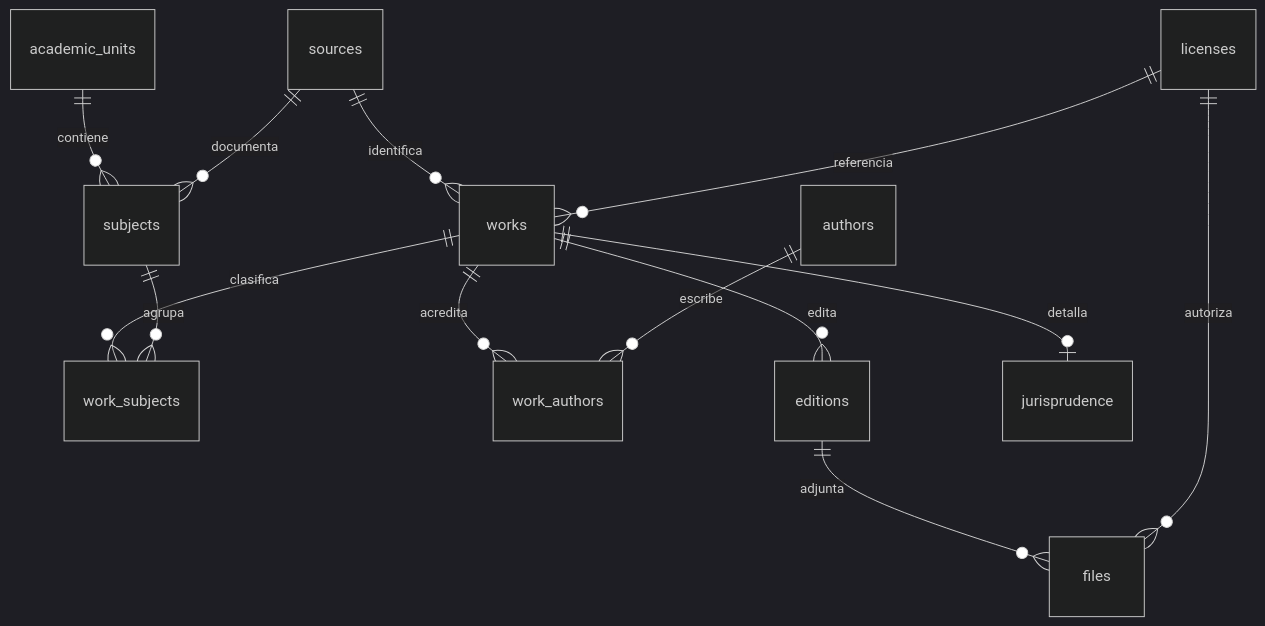
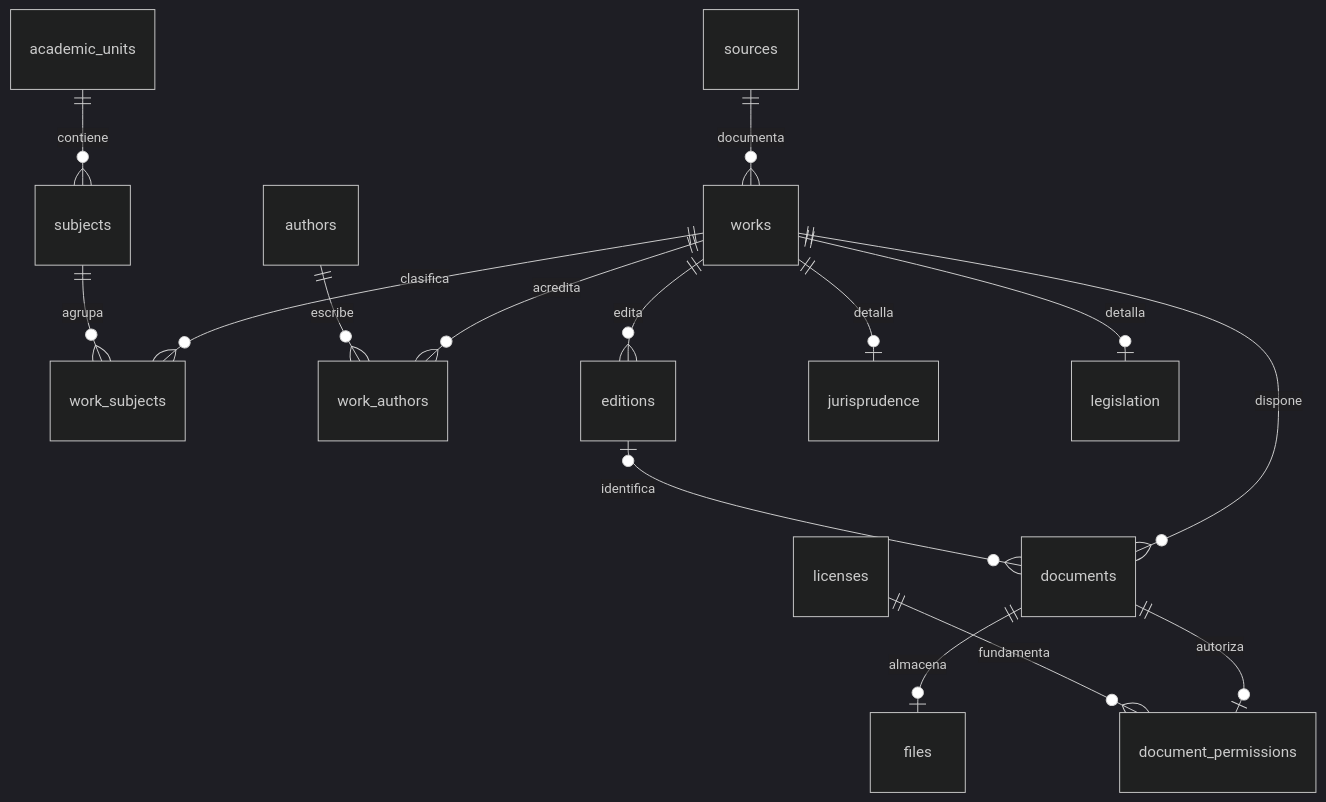
One commit to calderondante/HOTTO changed the diagram in docs/BASE_DE_DATOS.md. Above: the diagram before and after it, drawn with Mermaid (dark theme). The commit also changed other lines of this file and 9 other files, not shown here.

````diff
--- a/docs/BASE_DE_DATOS.md
+++ b/docs/BASE_DE_DATOS.md
@@ -65,15 +36,17 @@
 ```mermaid
 erDiagram
   academic_units ||--o{ subjects : contiene
-  sources ||--o{ subjects : documenta
-  sources ||--o{ works : identifica
   works ||--o{ work_subjects : clasifica
   subjects ||--o{ work_subjects : agrupa
   works ||--o{ work_authors : acredita
   authors ||--o{ work_authors : escribe
   works ||--o{ editions : edita
-  editions ||--o{ files : adjunta
-  licenses ||--o{ files : autoriza
-  licenses ||--o{ works : referencia
+  works ||--o{ documents : dispone
+  editions o|--o{ documents : identifica
+  documents ||--o| files : almacena
+  documents ||--o| document_permissions : autoriza
+  licenses ||--o{ document_permissions : fundamenta
+  sources ||--o{ works : documenta
   works ||--o| jurisprudence : detalla
+  works ||--o| legislation : detalla
 ```
````
